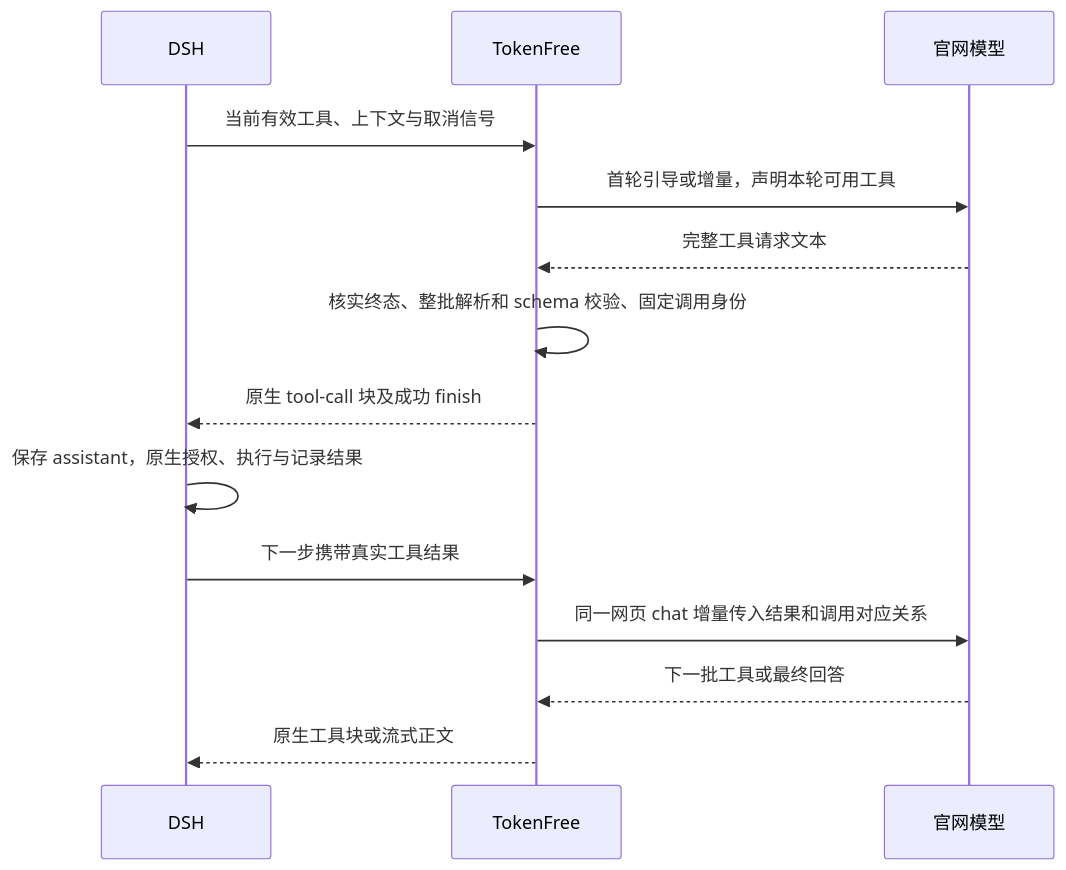
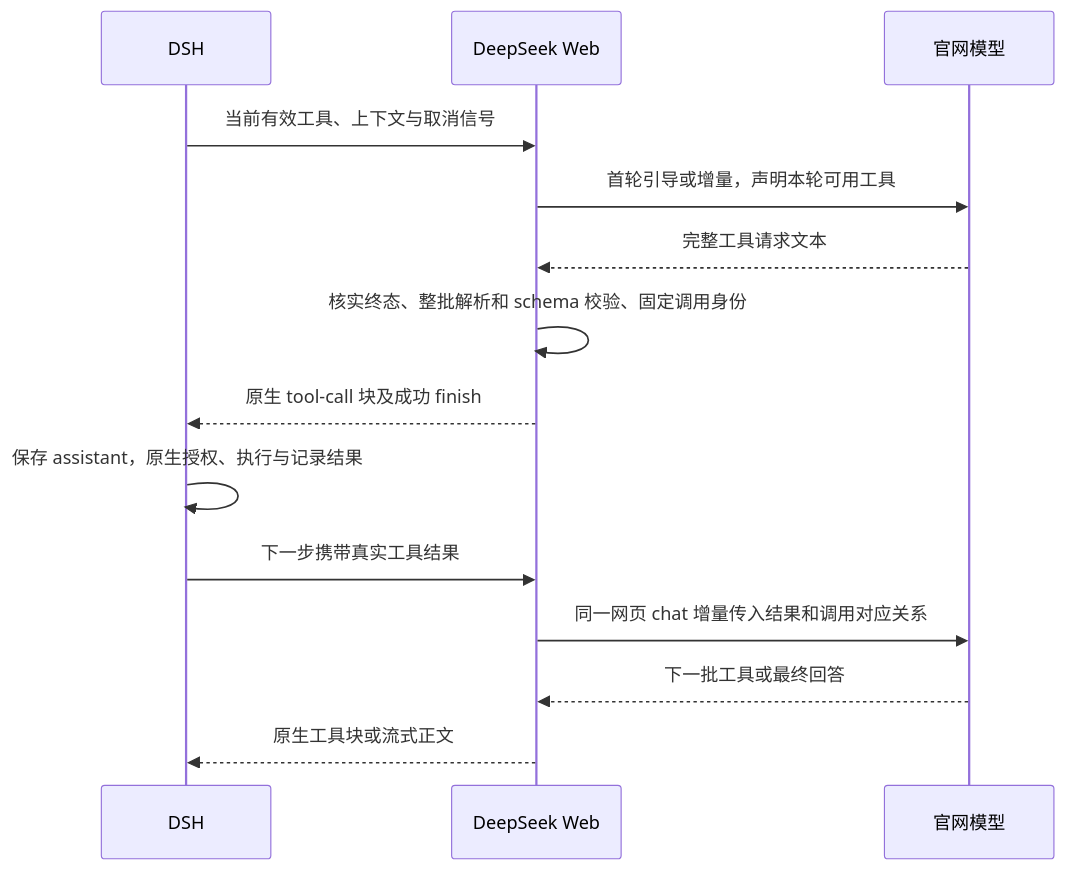
One commit to QingLong-C/Plugin-DeepSeek-Web changed the diagram in TOOL_CALLING_SPEC.md. Above: the diagram before and after it, drawn with Mermaid. The commit also changed other lines of this file and 55 other files, not shown here.

Commit message:
Rename plugin to DeepSeek Web and preserve existing routes

````diff
--- a/TOOL_CALLING_SPEC.md
+++ b/TOOL_CALLING_SPEC.md
@@ -11,16 +11,16 @@
 ```mermaid
 sequenceDiagram
   participant D as DSH
-  participant P as TokenFree
+  participant P as DeepSeek Web
   participant W as 官网模型
   D->>P: 当前有效工具、上下文与取消信号
   P->>W: 首轮引导或增量，声明本轮可用工具
   W-->>P: 完整工具请求文本
   P->>P: 核实终态、整批解析和 schema 校验、固定调用身份
   P-->>D: 原生 tool-call 块及成功 finish
   D->>D: 保存 assistant，原生授权、执行与记录结果
   D->>P: 下一步携带真实工具结果
   P->>W: 同一网页 chat 增量传入结果和调用对应关系
   W-->>P: 下一批工具或最终回答
   P-->>D: 原生工具块或流式正文
 ```
````
